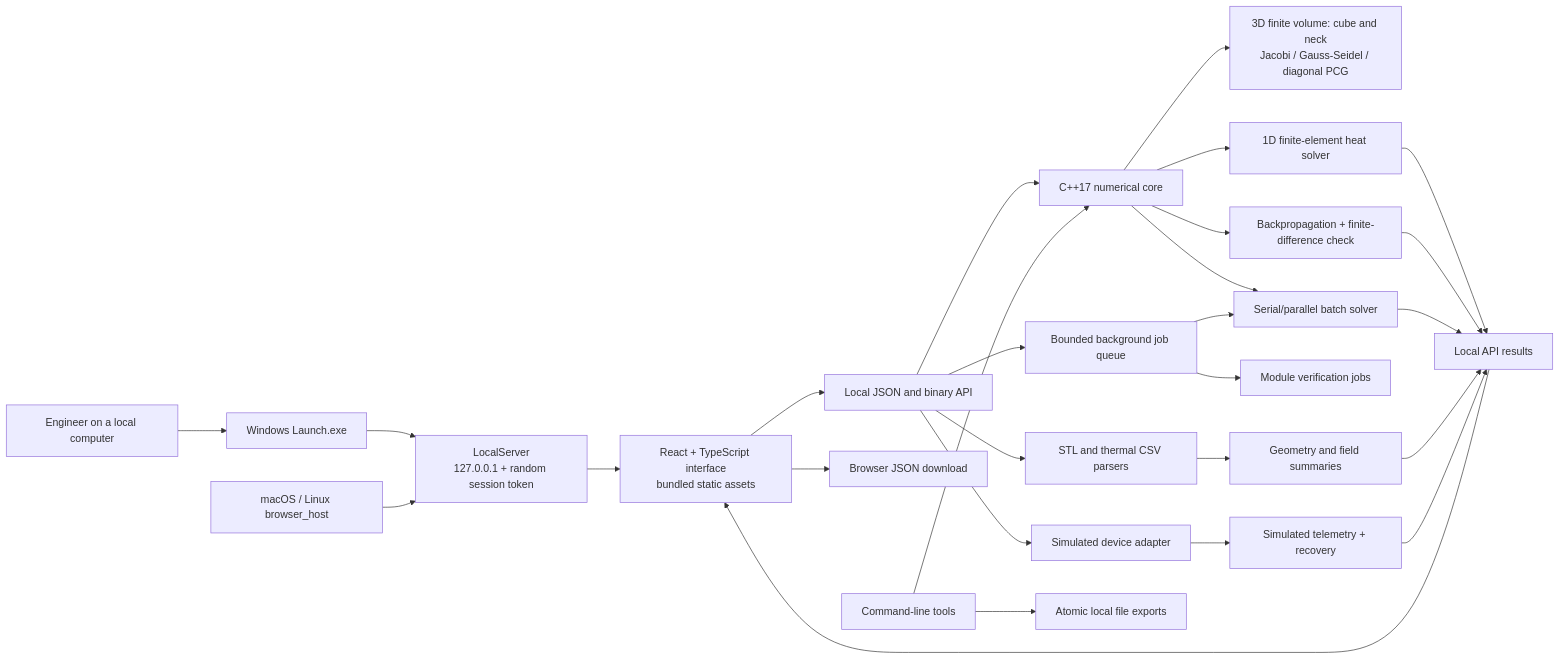
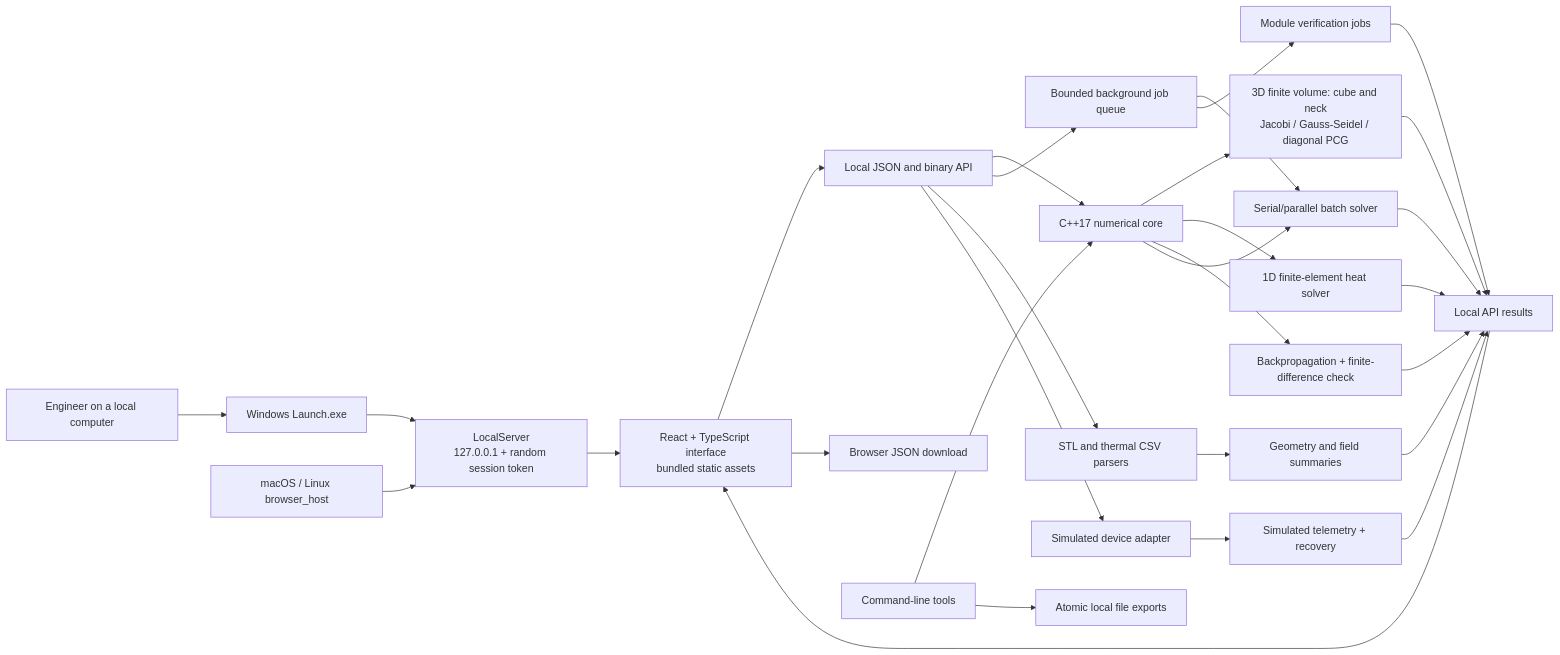
The first of 4 diagrams in docs/ARCHITECTURE.md (tulasiram2005/thermal-atlas-workbench), drawn with Mermaid before and after one commit. The commit also changed other lines of this file and 2 other files, not shown here.

Commit message:
Document the live lab, source download and both runtime architectures

````diff
--- a/docs/ARCHITECTURE.md
+++ b/docs/ARCHITECTURE.md
@@ -9,29 +9,31 @@
 ```mermaid
 flowchart LR
     User[Engineer on a local computer] --> Launcher[Windows Launch.exe]
     Launcher --> Server["LocalServer<br/>127.0.0.1 + random session token"]
     Host["macOS / Linux browser_host"] --> Server
     Server --> UI["React + TypeScript interface<br/>bundled static assets"]
     UI --> API[Local JSON and binary API]
     API --> Numerics[C++17 numerical core]
     API --> Jobs[Bounded background job queue]
     API --> Parsers[STL and thermal CSV parsers]
     API --> Hardware[Simulated device adapter]
     Numerics --> Thermal3D["3D finite volume: cube and neck<br/>Jacobi / Gauss-Seidel / diagonal PCG"]
     Numerics --> FEA[1D finite-element heat solver]
     Numerics --> Backprop[Backpropagation + finite-difference check]
     Numerics --> Batch[Serial/parallel batch solver]
     Jobs --> Batch
     Jobs --> Verify[Module verification jobs]
     Parsers --> Geometry[Geometry and field summaries]
     Hardware --> Telemetry[Simulated telemetry + recovery]
     FEA --> Results["Local API results"]
     Backprop --> Results
     Batch --> Results
     Geometry --> Results
     Telemetry --> Results
     Results --> UI
+    Thermal3D --> Results
+    Verify --> Results
     UI --> Download["Browser JSON download"]
     CLI["Command-line tools"] --> Numerics
     CLI --> Export["Atomic local file exports"]
 ```
````
